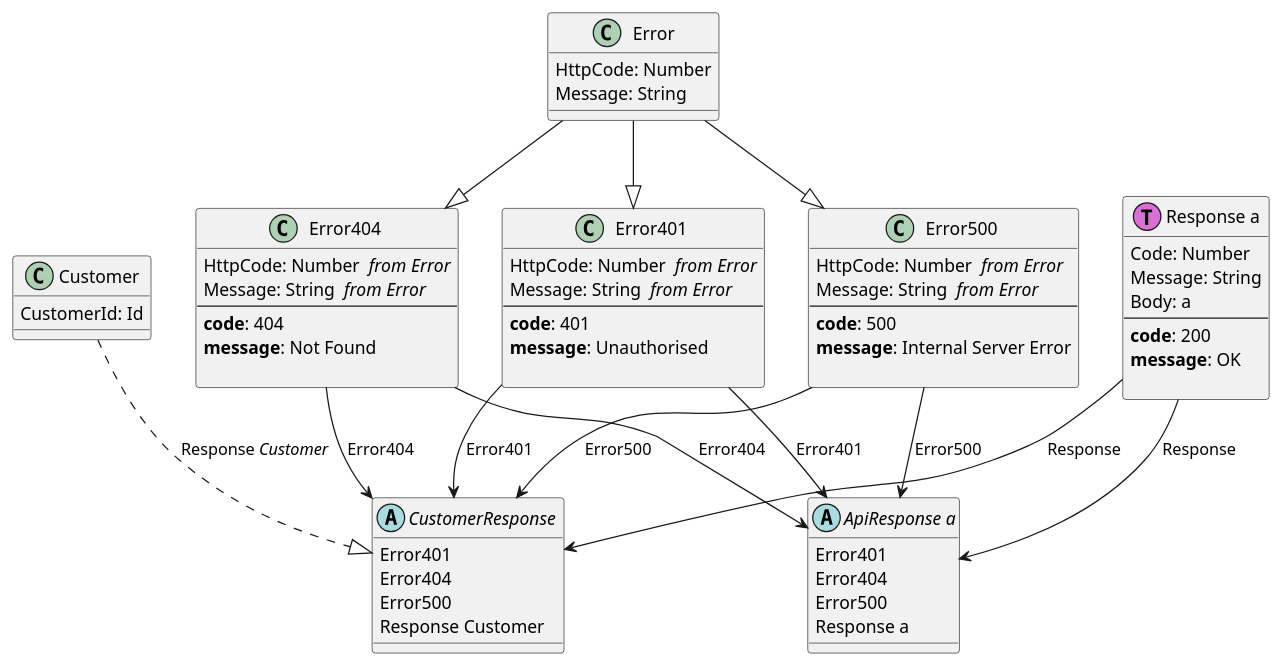
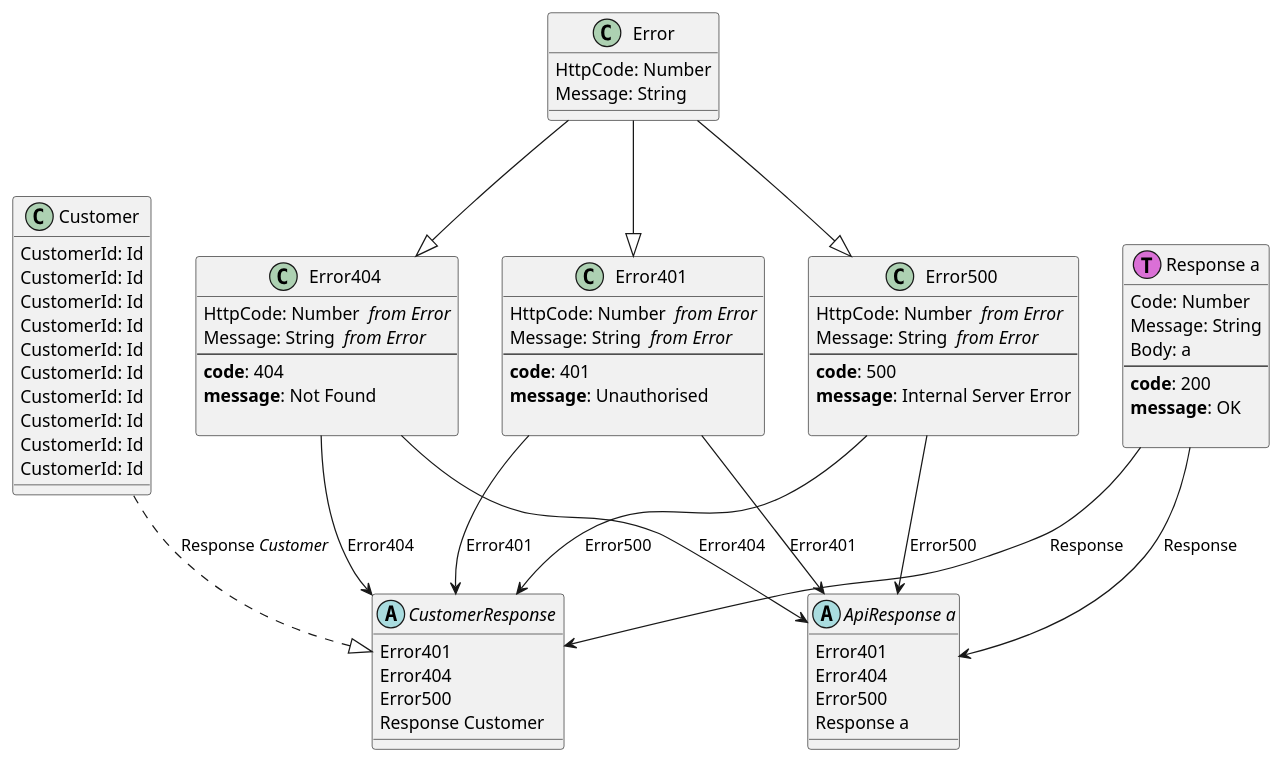
One commit to Baudin999/car-lang changed the diagram in Examples/.out/Request/Request.puml. Above: the diagram before and after it, drawn with PlantUML. The commit also changed 18 other files, not shown here.

```diff
--- a/Examples/.out/Request/Request.puml
+++ b/Examples/.out/Request/Request.puml
@@ -1,64 +1,91 @@
+class "Customer" as Customer  {
+	CustomerId: Id 
+}
+class "Customer" as Customer  {
+	CustomerId: Id 
+}
+class "Customer" as Customer  {
+	CustomerId: Id 
+}
+class "Customer" as Customer  {
+	CustomerId: Id 
+}
+class "Customer" as Customer  {
+	CustomerId: Id 
+}
+class "Customer" as Customer  {
+	CustomerId: Id 
+}
+class "Customer" as Customer  {
+	CustomerId: Id 
+}
+class "Customer" as Customer  {
+	CustomerId: Id 
+}
+class "Customer" as Customer  {
+	CustomerId: Id 
+}
 class "Customer" as Customer  {
 	CustomerId: Id 
 }
 class "Error" as Error  {
 	HttpCode: Number 
 	Message: String 
 }
 class "Error404 " as Error404  {
 	HttpCode: Number  <i>from Error</i>
 	Message: String  <i>from Error</i>
 --
   <b>code</b>: 404
 <b>message</b>: Not Found
     
 }
 Error --|> Error404
 class "Error401 " as Error401  {
 	HttpCode: Number  <i>from Error</i>
 	Message: String  <i>from Error</i>
 --
   <b>code</b>: 401
 <b>message</b>: Unauthorised
     
 }
 Error --|> Error401
 class "Error500 " as Error500  {
 	HttpCode: Number  <i>from Error</i>
 	Message: String  <i>from Error</i>
 --
   <b>code</b>: 500
 <b>message</b>: Internal Server Error
     
 }
 Error --|> Error500
 class "Response a" as Response << (T,orchid) >> {
 	Code: Number 
 	Message: String 
 	Body: a 
 --
   <b>code</b>: 200
 <b>message</b>: OK
     
 }
 abstract "ApiResponse a" as ApiResponse {
 	Error401 
 	Error404 
 	Error500 
 	Response a
 }
 Error401 --> ApiResponse : Error401
 Error404 --> ApiResponse : Error404
 Error500 --> ApiResponse : Error500
 Response --> ApiResponse : Response
 abstract "CustomerResponse " as CustomerResponse {
 	Error401 
 	Error404 
 	Error500 
 	Response Customer
 }
 Error401 --> CustomerResponse : Error401
 Error404 --> CustomerResponse : Error404
 Error500 --> CustomerResponse : Error500
 Response --> CustomerResponse : Response
 Customer ..|> CustomerResponse : Response <i>Customer</i>
```
